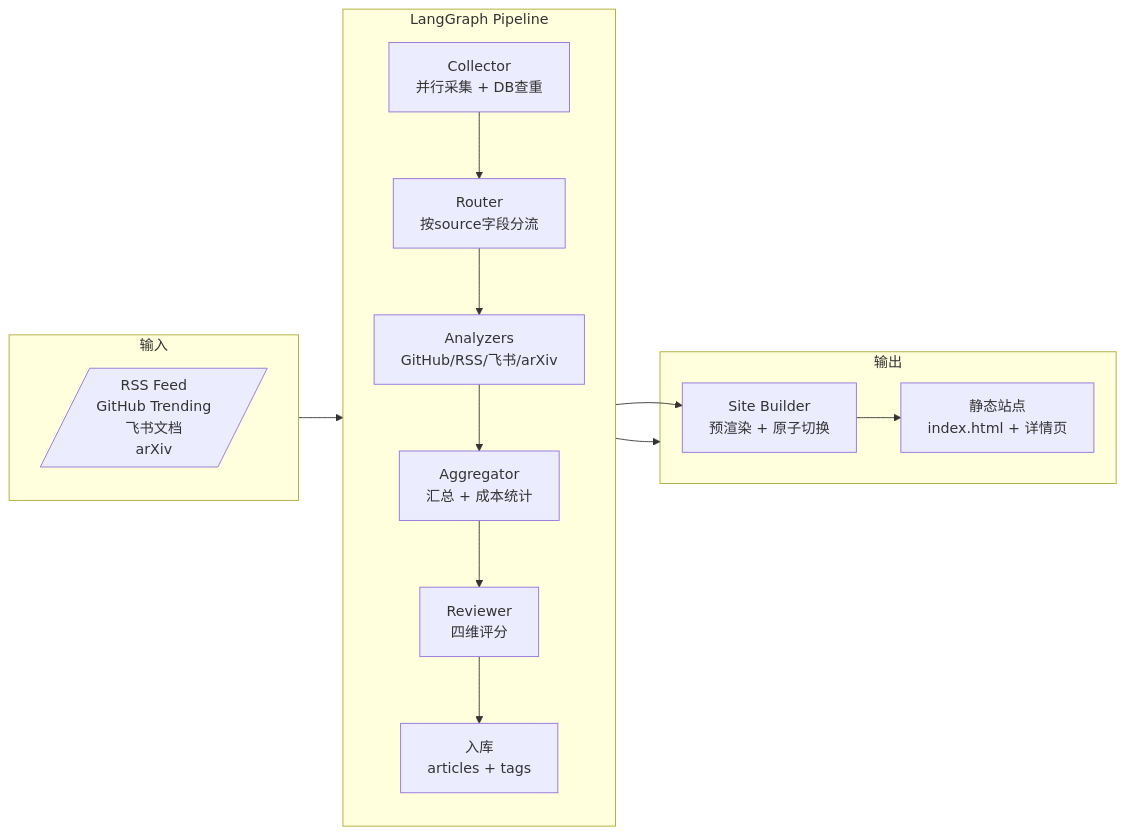
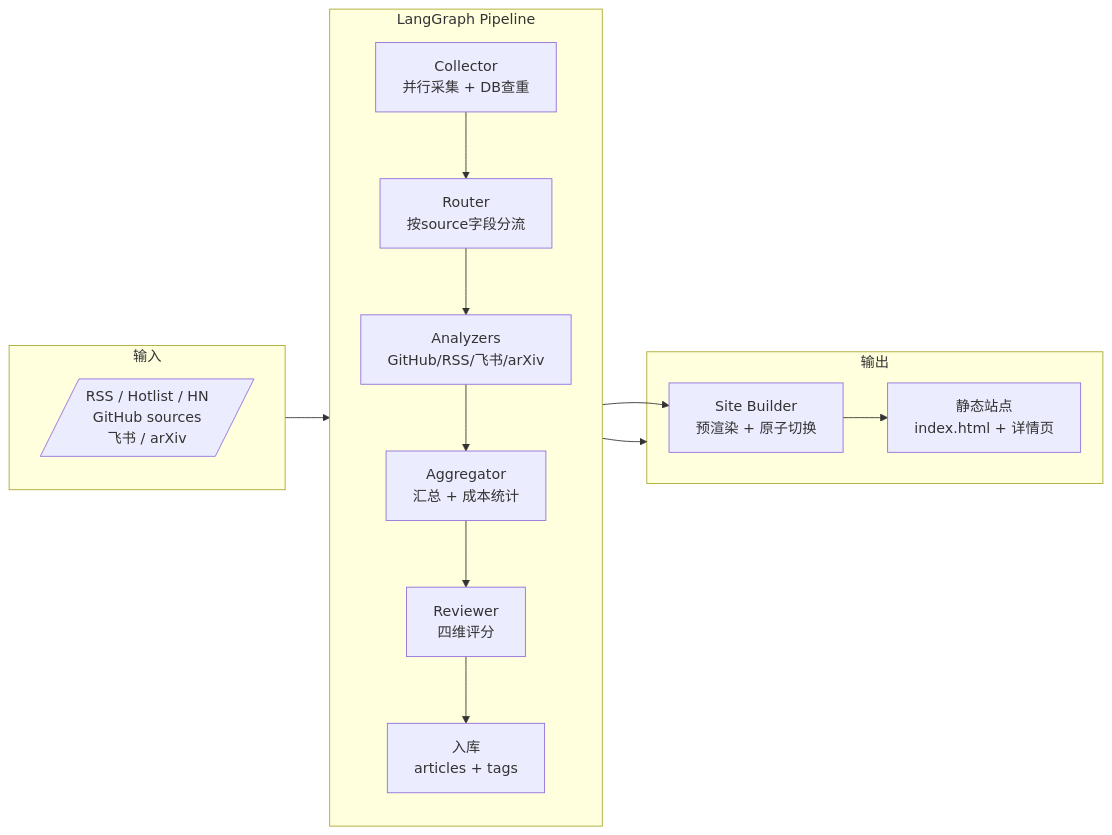
The fourth of 5 diagrams in README.md (kangapp/ai-knowledge-base), drawn with Mermaid before and after one commit. The commit also changed other lines of this file, not shown here.

````diff
--- a/README.md
+++ b/README.md
@@ -152,23 +152,23 @@
 ```mermaid
 flowchart LR
     subgraph Input["输入"]
-        RSS[/"RSS Feed\nGitHub Trending\n飞书文档\narXiv"/]
+        RSS[/"RSS / Hotlist / HN\nGitHub sources\n飞书 / arXiv"/]
     end
 
     subgraph Pipeline["LangGraph Pipeline"]
         direction TB
         A1["Collector\n并行采集 + DB查重"] --> A2["Router\n按source字段分流"]
         A2 --> A3["Analyzers\nGitHub/RSS/飞书/arXiv"]
         A3 --> A4["Aggregator\n汇总 + 成本统计"]
         A4 --> A5["Reviewer\n四维评分"]
         A5 --> A6["入库\narticles + tags"]
     end
 
     subgraph Output["输出"]
         A6 --> B1["Site Builder\n预渲染 + 原子切换"]
         B1 --> B2["静态站点\nindex.html + 详情页"]
     end
 
     Input --> Pipeline
     Pipeline --> Output
 ```
````
